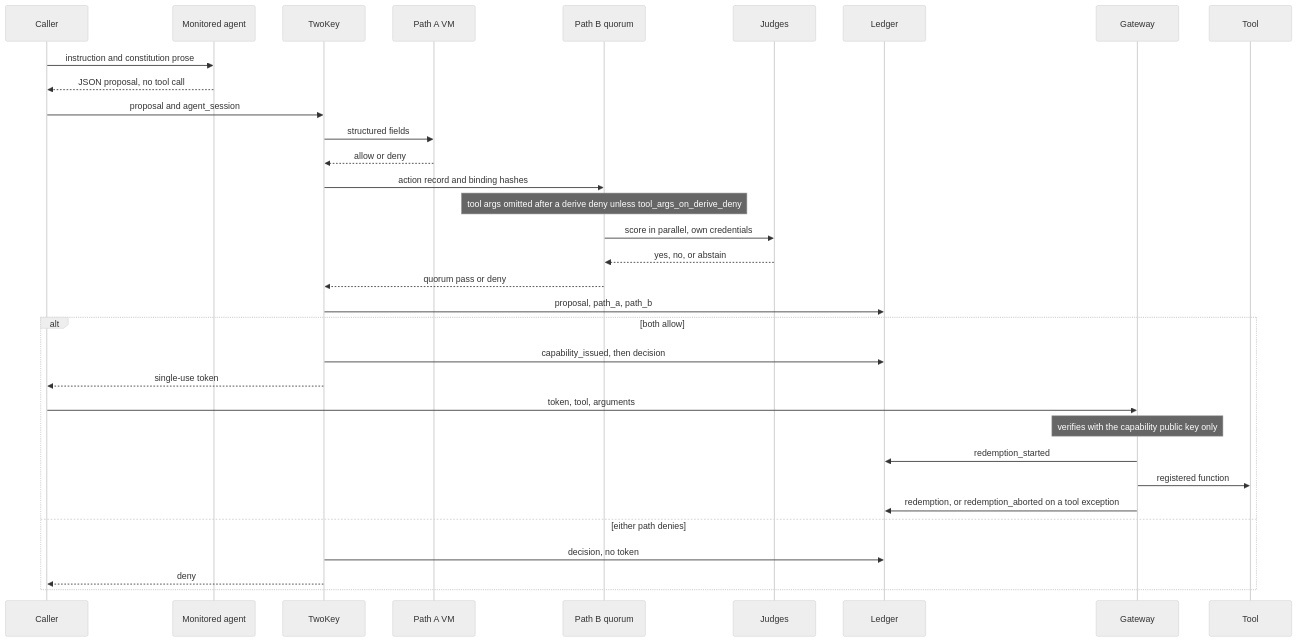
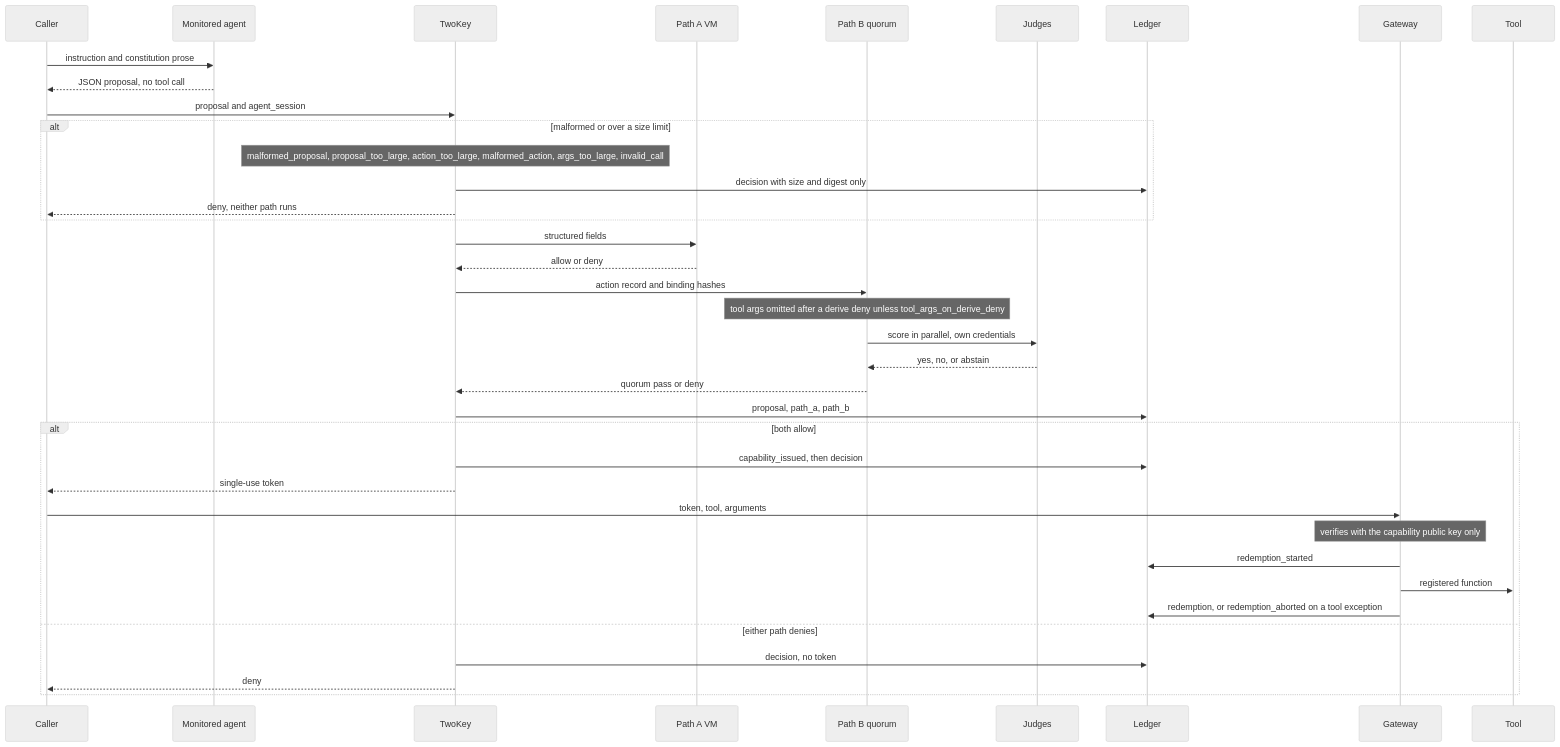
One commit to Insomniac-VibeLabs/two-key-concept changed the second of 2 diagrams in README.md. Above: the diagram before and after it, drawn with Mermaid (neutral theme). The commit also changed other lines of this file and 5 other files, not shown here.

Commit message:
Say both paths run once the call is well-formed and within limits, and show the early deny in the README sequence diagram.

````diff
--- a/README.md
+++ b/README.md
@@ -172,36 +176,41 @@
 ```mermaid
 sequenceDiagram
   participant Caller
   participant Agent as Monitored agent
   participant TwoKey
   participant PathA as Path A VM
   participant PathB as Path B quorum
   participant Judge as Judges
   participant Ledger
   participant Gateway
   participant Tool
 
   Caller->>Agent: instruction and constitution prose
   Agent-->>Caller: JSON proposal, no tool call
   Caller->>TwoKey: proposal and agent_session
+  alt malformed or over a size limit
+    Note over TwoKey: malformed_proposal, proposal_too_large, action_too_large, malformed_action, args_too_large, invalid_call
+    TwoKey->>Ledger: decision with size and digest only
+    TwoKey-->>Caller: deny, neither path runs
+  end
   TwoKey->>PathA: structured fields
   PathA-->>TwoKey: allow or deny
   TwoKey->>PathB: action record and binding hashes
   Note over PathB: tool args omitted after a derive deny unless tool_args_on_derive_deny
   PathB->>Judge: score in parallel, own credentials
   Judge-->>PathB: yes, no, or abstain
   PathB-->>TwoKey: quorum pass or deny
   TwoKey->>Ledger: proposal, path_a, path_b
   alt both allow
     TwoKey->>Ledger: capability_issued, then decision
     TwoKey-->>Caller: single-use token
     Caller->>Gateway: token, tool, arguments
     Note over Gateway: verifies with the capability public key only
     Gateway->>Ledger: redemption_started
     Gateway->>Tool: registered function
     Gateway->>Ledger: redemption, or redemption_aborted on a tool exception
   else either path denies
     TwoKey->>Ledger: decision, no token
     TwoKey-->>Caller: deny
   end
 ```
````
